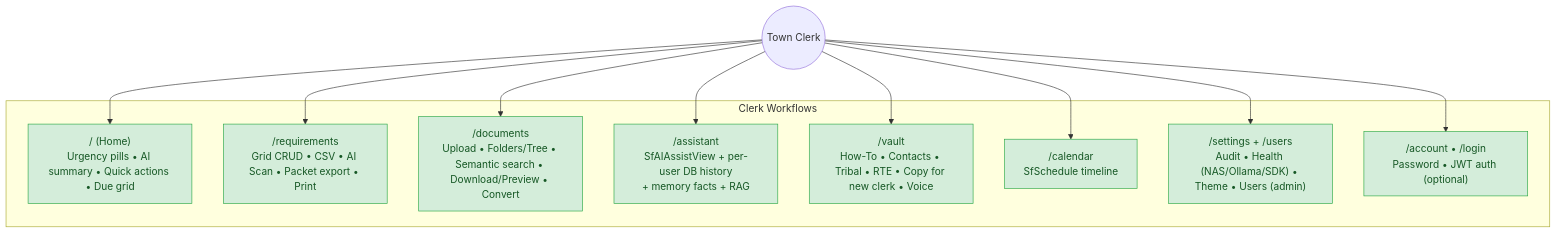
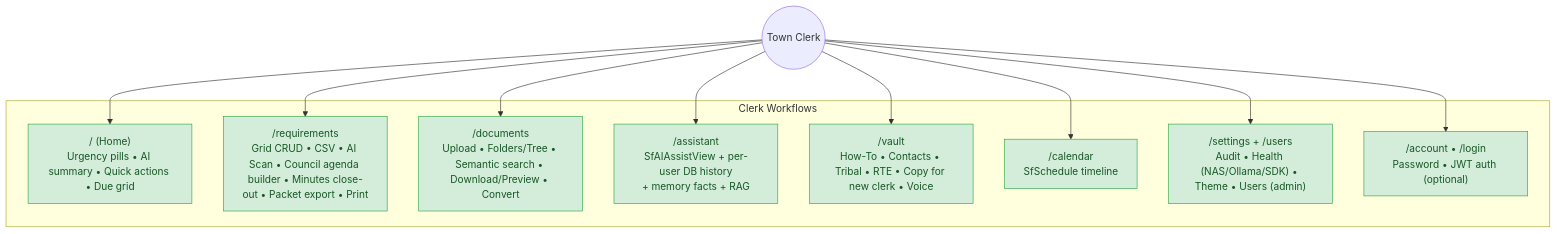
The first of 3 diagrams in docs/function-tree.md (Bigessfour/TIKR-Town-Institutional-Knowledge-Tracker), drawn with Mermaid before and after one commit. The commit also changed other lines of this file and 50 other files, not shown here.

First line of the commit message:
feat(council): agenda builder, minutes close-out, and meeting cycle seed (006)

````diff
--- a/docs/function-tree.md
+++ b/docs/function-tree.md
@@ -12,27 +12,27 @@
 ```mermaid
 flowchart TB
     Clerk((Town Clerk))
 
     subgraph ClerkWorkflows["Clerk Workflows"]
         Dashboard["/ (Home)\nUrgency pills • AI summary • Quick actions • Due grid"]
-        Requirements["/requirements\nGrid CRUD • CSV • AI Scan • Packet export • Print"]
+        Requirements["/requirements\nGrid CRUD • CSV • AI Scan • Council agenda builder • Minutes close-out • Packet export • Print"]
         Documents["/documents\nUpload • Folders/Tree • Semantic search • Download/Preview • Convert"]
         Assistant["/assistant\nSfAIAssistView + per-user DB history\n+ memory facts + RAG"]
         Vault["/vault\nHow-To • Contacts • Tribal • RTE • Copy for new clerk • Voice"]
         Calendar["/calendar\nSfSchedule timeline"]
         Settings["/settings + /users\nAudit • Health (NAS/Ollama/SDK) • Theme • Users (admin)"]
         Account["/account • /login\nPassword • JWT auth (optional)"]
     end
 
     Clerk --> Dashboard
     Clerk --> Requirements
     Clerk --> Documents
     Clerk --> Assistant
     Clerk --> Vault
     Clerk --> Calendar
     Clerk --> Settings
     Clerk --> Account
 
     classDef done fill:#d4edda,stroke:#28a745,color:#155724
     class Dashboard,Requirements,Documents,Assistant,Vault,Calendar,Settings,Account done
 ```
````
